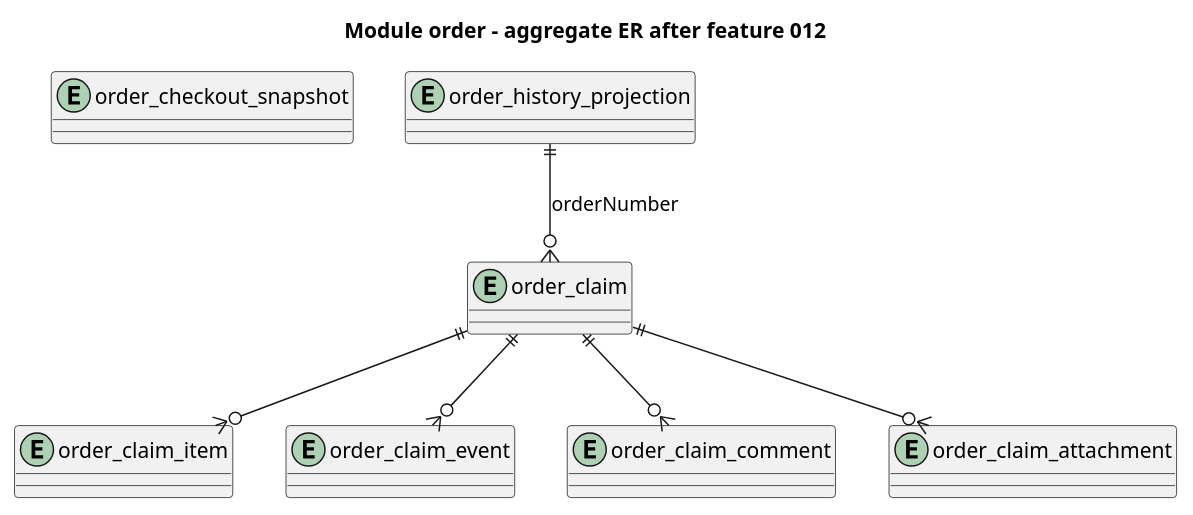
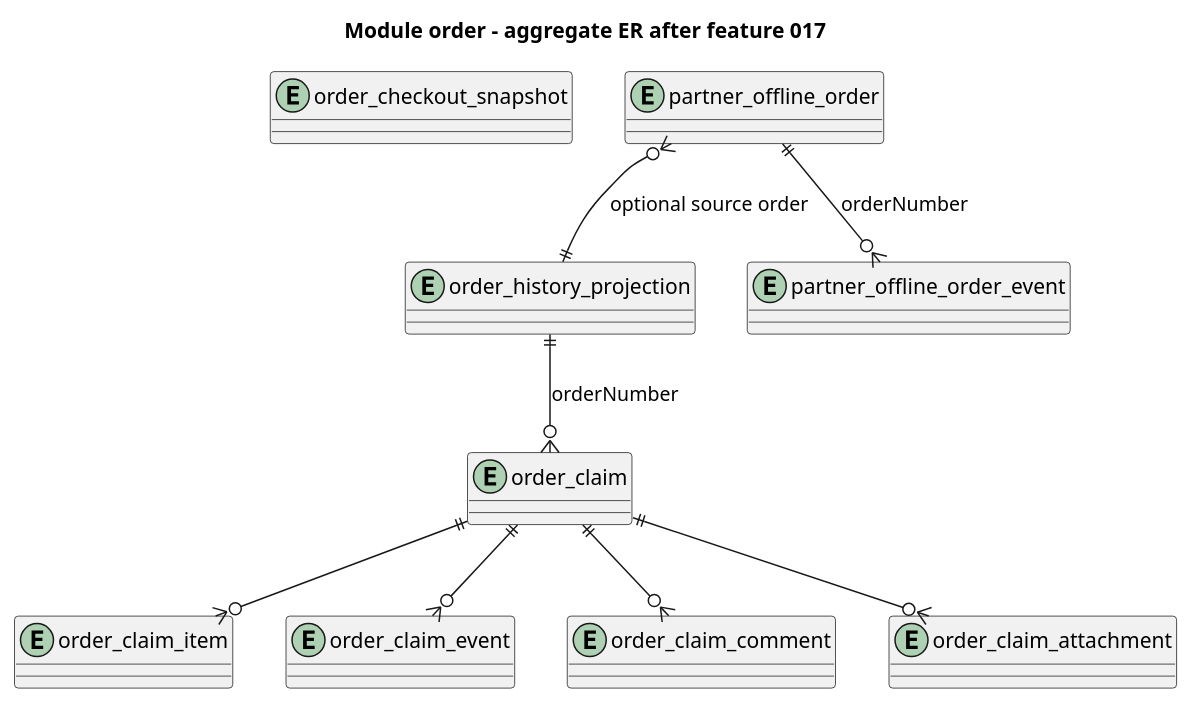
One commit to alextaralexander/ai_ori_test changed the diagram in agents/analytics/sa/modules/module_order/module_er_diagram.plantuml. Above: the diagram before and after it, drawn with PlantUML. The commit also changed 43 other files, not shown here.

```diff
--- a/agents/analytics/sa/modules/module_order/module_er_diagram.plantuml
+++ b/agents/analytics/sa/modules/module_order/module_er_diagram.plantuml
@@ -1,15 +1,19 @@
 @startuml
-title Module order - aggregate ER after feature 012
+title Module order - aggregate ER after feature 017
 entity order_checkout_snapshot
 entity order_history_projection
 entity order_claim
 entity order_claim_item
 entity order_claim_event
 entity order_claim_comment
 entity order_claim_attachment
+entity partner_offline_order
+entity partner_offline_order_event
 order_history_projection ||--o{ order_claim : orderNumber
 order_claim ||--o{ order_claim_item
 order_claim ||--o{ order_claim_event
 order_claim ||--o{ order_claim_comment
 order_claim ||--o{ order_claim_attachment
+partner_offline_order ||--o{ partner_offline_order_event : orderNumber
+partner_offline_order }o--|| order_history_projection : optional source order
 @enduml
```
